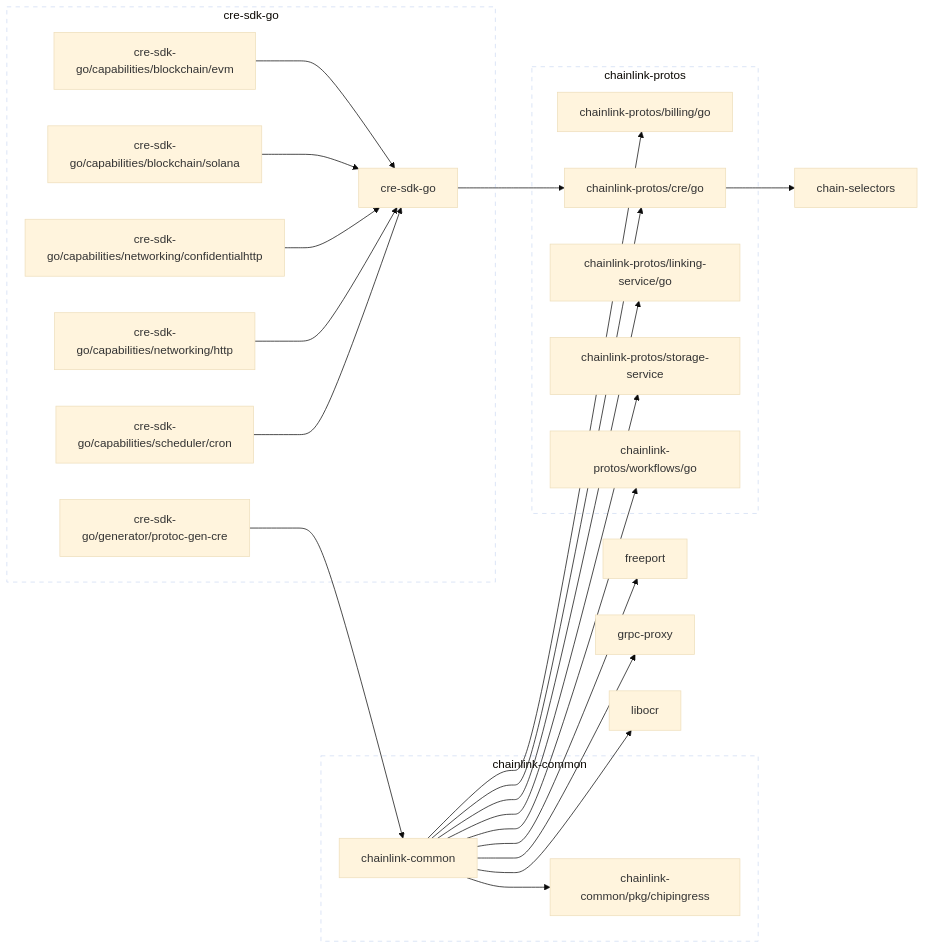
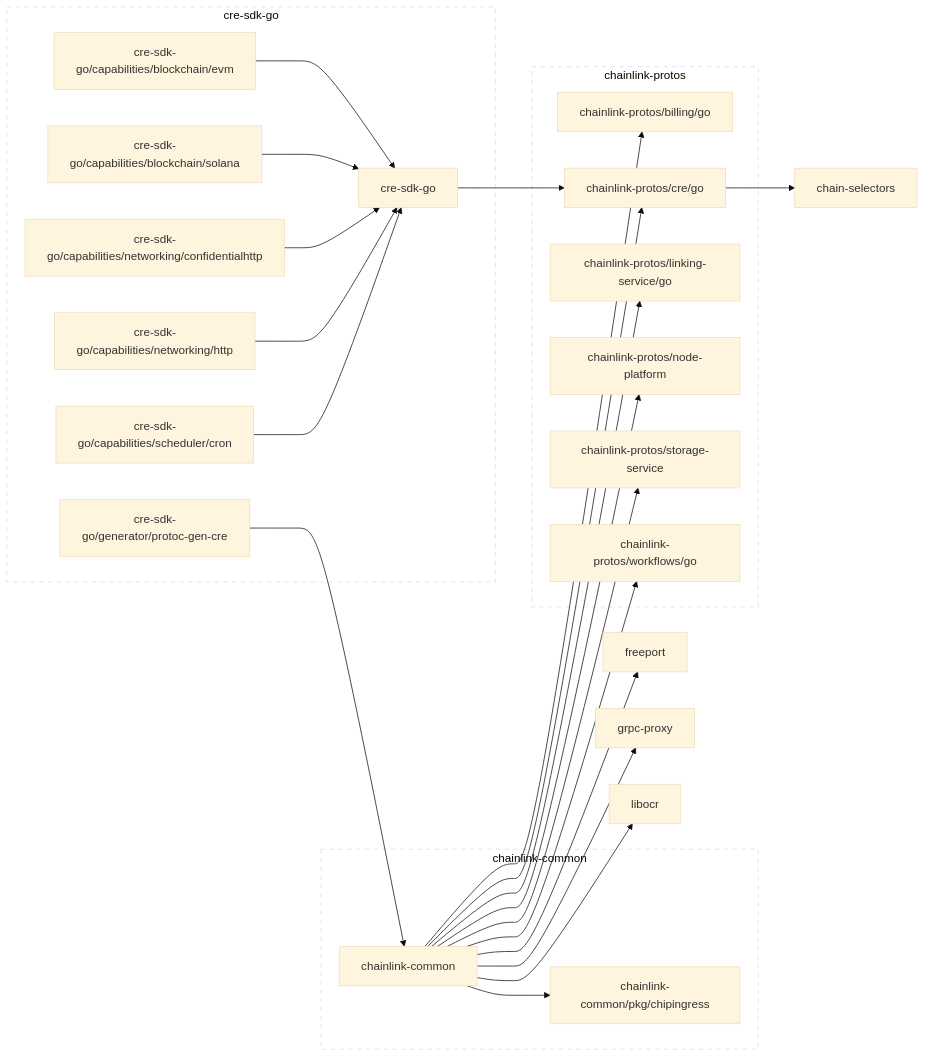
The diagram in go.md (smartcontractkit/cre-sdk-go), drawn with Mermaid (base theme) before and after one commit. The commit also changed 14 other files, not shown here.

````diff
--- a/go.md
+++ b/go.md
@@ -2,77 +2,81 @@
 ```mermaid
 flowchart LR
 
 	chain-selectors
 	click chain-selectors href "https://github.com/smartcontractkit/chain-selectors"
 	chainlink-common --> chainlink-common/pkg/chipingress
 	chainlink-common --> chainlink-protos/billing/go
 	chainlink-common --> chainlink-protos/cre/go
 	chainlink-common --> chainlink-protos/linking-service/go
+	chainlink-common --> chainlink-protos/node-platform
 	chainlink-common --> chainlink-protos/storage-service
 	chainlink-common --> chainlink-protos/workflows/go
 	chainlink-common --> freeport
 	chainlink-common --> grpc-proxy
 	chainlink-common --> libocr
 	click chainlink-common href "https://github.com/smartcontractkit/chainlink-common"
 	chainlink-common/pkg/chipingress
 	click chainlink-common/pkg/chipingress href "https://github.com/smartcontractkit/chainlink-common"
 	chainlink-protos/billing/go
 	click chainlink-protos/billing/go href "https://github.com/smartcontractkit/chainlink-protos"
 	chainlink-protos/cre/go --> chain-selectors
 	click chainlink-protos/cre/go href "https://github.com/smartcontractkit/chainlink-protos"
 	chainlink-protos/linking-service/go
 	click chainlink-protos/linking-service/go href "https://github.com/smartcontractkit/chainlink-protos"
+	chainlink-protos/node-platform
+	click chainlink-protos/node-platform href "https://github.com/smartcontractkit/chainlink-protos"
 	chainlink-protos/storage-service
 	click chainlink-protos/storage-service href "https://github.com/smartcontractkit/chainlink-protos"
 	chainlink-protos/workflows/go
 	click chainlink-protos/workflows/go href "https://github.com/smartcontractkit/chainlink-protos"
 	cre-sdk-go --> chainlink-protos/cre/go
 	click cre-sdk-go href "https://github.com/smartcontractkit/cre-sdk-go"
 	cre-sdk-go/capabilities/blockchain/evm --> cre-sdk-go
 	click cre-sdk-go/capabilities/blockchain/evm href "https://github.com/smartcontractkit/cre-sdk-go"
 	cre-sdk-go/capabilities/blockchain/solana --> cre-sdk-go
 	click cre-sdk-go/capabilities/blockchain/solana href "https://github.com/smartcontractkit/cre-sdk-go"
 	cre-sdk-go/capabilities/networking/confidentialhttp --> cre-sdk-go
 	click cre-sdk-go/capabilities/networking/confidentialhttp href "https://github.com/smartcontractkit/cre-sdk-go"
 	cre-sdk-go/capabilities/networking/http --> cre-sdk-go
 	click cre-sdk-go/capabilities/networking/http href "https://github.com/smartcontractkit/cre-sdk-go"
 	cre-sdk-go/capabilities/scheduler/cron --> cre-sdk-go
 	click cre-sdk-go/capabilities/scheduler/cron href "https://github.com/smartcontractkit/cre-sdk-go"
 	cre-sdk-go/generator/protoc-gen-cre --> chainlink-common
 	click cre-sdk-go/generator/protoc-gen-cre href "https://github.com/smartcontractkit/cre-sdk-go"
 	freeport
 	click freeport href "https://github.com/smartcontractkit/freeport"
 	grpc-proxy
 	click grpc-proxy href "https://github.com/smartcontractkit/grpc-proxy"
 	libocr
 	click libocr href "https://github.com/smartcontractkit/libocr"
 
 	subgraph chainlink-common-repo[chainlink-common]
 		 chainlink-common
 		 chainlink-common/pkg/chipingress
 	end
 	click chainlink-common-repo href "https://github.com/smartcontractkit/chainlink-common"
 
 	subgraph chainlink-protos-repo[chainlink-protos]
 		 chainlink-protos/billing/go
 		 chainlink-protos/cre/go
 		 chainlink-protos/linking-service/go
+		 chainlink-protos/node-platform
 		 chainlink-protos/storage-service
 		 chainlink-protos/workflows/go
 	end
 	click chainlink-protos-repo href "https://github.com/smartcontractkit/chainlink-protos"
 
 	subgraph cre-sdk-go-repo[cre-sdk-go]
 		 cre-sdk-go
 		 cre-sdk-go/capabilities/blockchain/evm
 		 cre-sdk-go/capabilities/blockchain/solana
 		 cre-sdk-go/capabilities/networking/confidentialhttp
 		 cre-sdk-go/capabilities/networking/http
 		 cre-sdk-go/capabilities/scheduler/cron
 		 cre-sdk-go/generator/protoc-gen-cre
 	end
 	click cre-sdk-go-repo href "https://github.com/smartcontractkit/cre-sdk-go"
 
 	classDef outline stroke-dasharray:6,fill:none;
 	class chainlink-common-repo,chainlink-protos-repo,cre-sdk-go-repo outline
 ```
````
